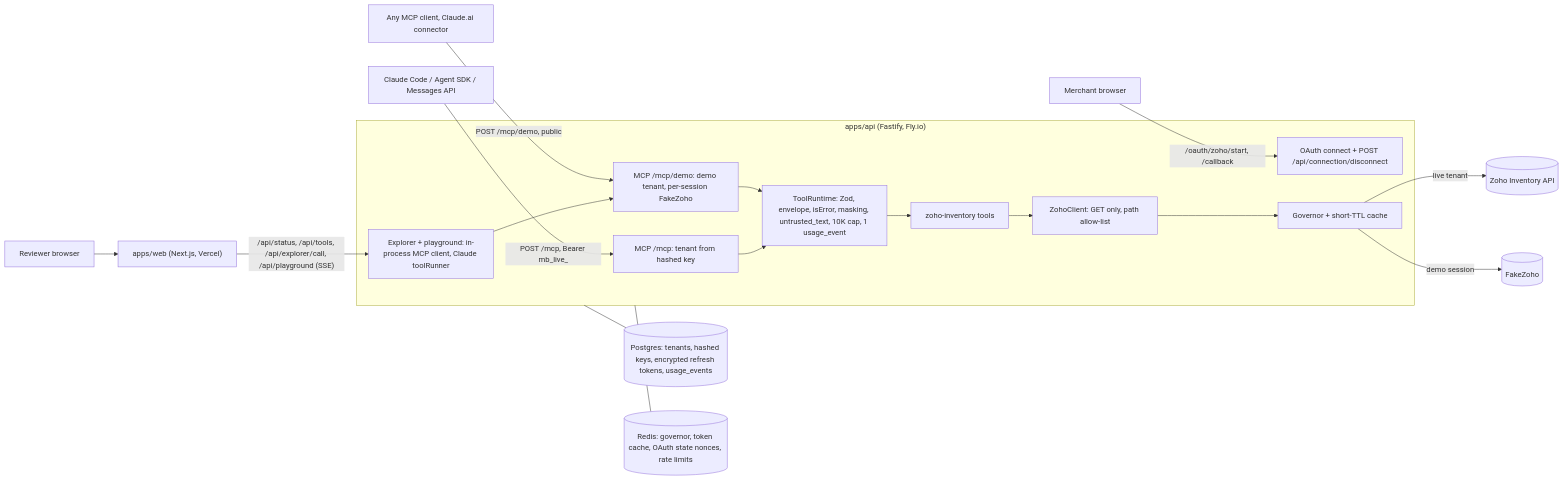
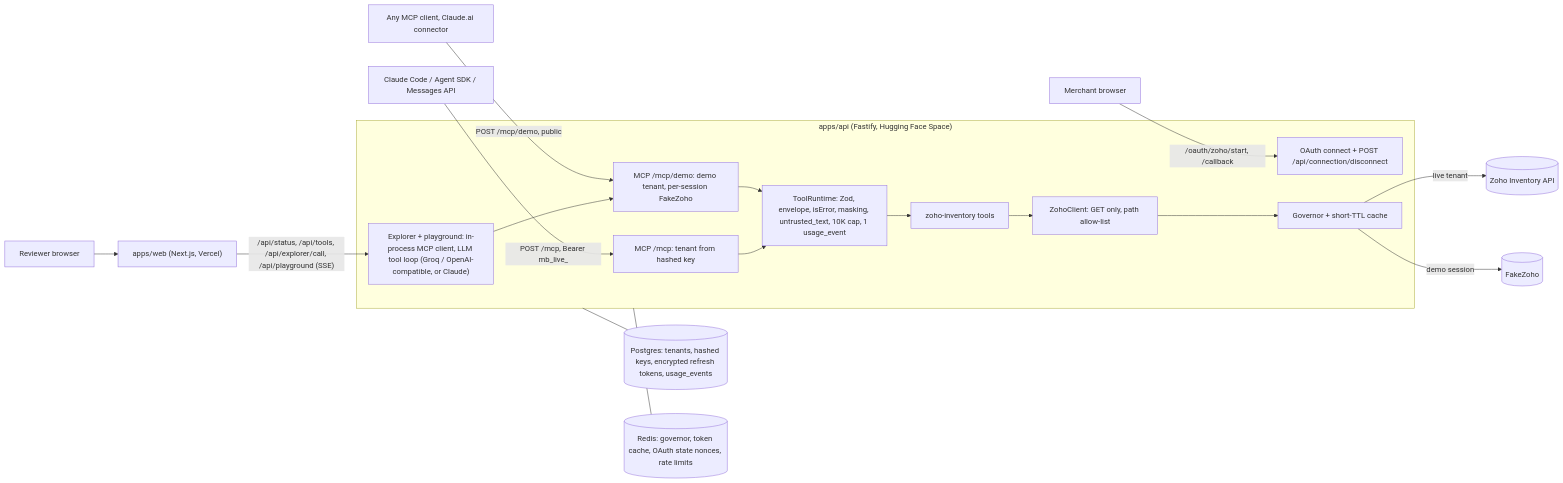
One commit to jayasinghthakur/merchantbridge changed the diagram in README.md. Above: the diagram before and after it, drawn with Mermaid. The commit also changed other lines of this file and 18 other files, not shown here.

First line of the commit message:
chore(deploy): $0 stack — Hugging Face Space for the API, keep-warm, docs

````diff
--- a/README.md
+++ b/README.md
@@ -161,20 +173,20 @@
 ```mermaid
 flowchart LR
   R["Reviewer browser"] --> W["apps/web (Next.js, Vercel)"]
   W -->|"/api/status, /api/tools, /api/explorer/call, /api/playground (SSE)"| PG
   H1["Claude Code / Agent SDK / Messages API"] -->|"POST /mcp, Bearer mb_live_"| LIVE
   H2["Any MCP client, Claude.ai connector"] -->|"POST /mcp/demo, public"| DEMO
   M["Merchant browser"] -->|"/oauth/zoho/start, /callback"| OA
-  subgraph A["apps/api (Fastify, Fly.io)"]
-    PG["Explorer + playground: in-process MCP client, Claude toolRunner"] --> DEMO
+  subgraph A["apps/api (Fastify, Hugging Face Space)"]
+    PG["Explorer + playground: in-process MCP client, LLM tool loop (Groq / OpenAI-compatible, or Claude)"] --> DEMO
     OA["OAuth connect + POST /api/connection/disconnect"]
     DEMO["MCP /mcp/demo: demo tenant, per-session FakeZoho"] --> RT
     LIVE["MCP /mcp: tenant from hashed key"] --> RT
     RT["ToolRuntime: Zod, envelope, isError, masking, untrusted_text, 10K cap, 1 usage_event"]
     RT --> T["zoho-inventory tools"] --> C["ZohoClient: GET only, path allow-list"] --> G["Governor + short-TTL cache"]
   end
   G -->|"live tenant"| Z[("Zoho Inventory API")]
   G -->|"demo session"| F[("FakeZoho")]
   A --- DB[("Postgres: tenants, hashed keys, encrypted refresh tokens, usage_events")]
   A --- KV[("Redis: governor, token cache, OAuth state nonces, rate limits")]
 ```
````
